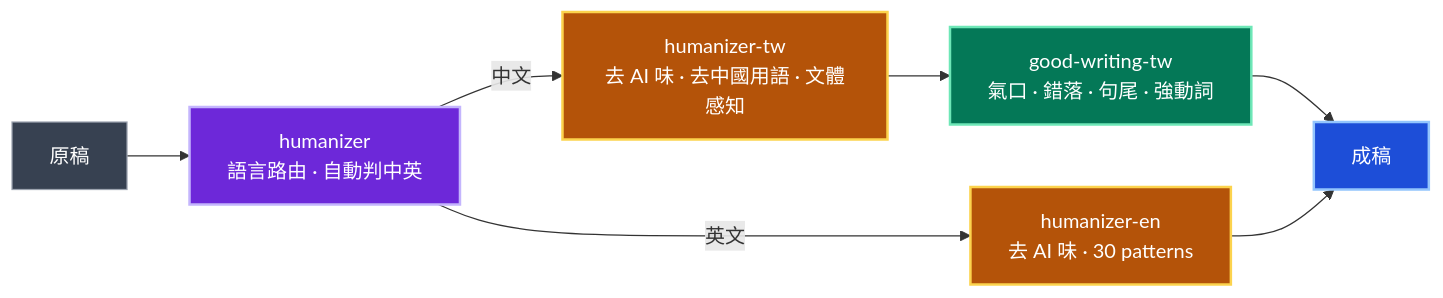
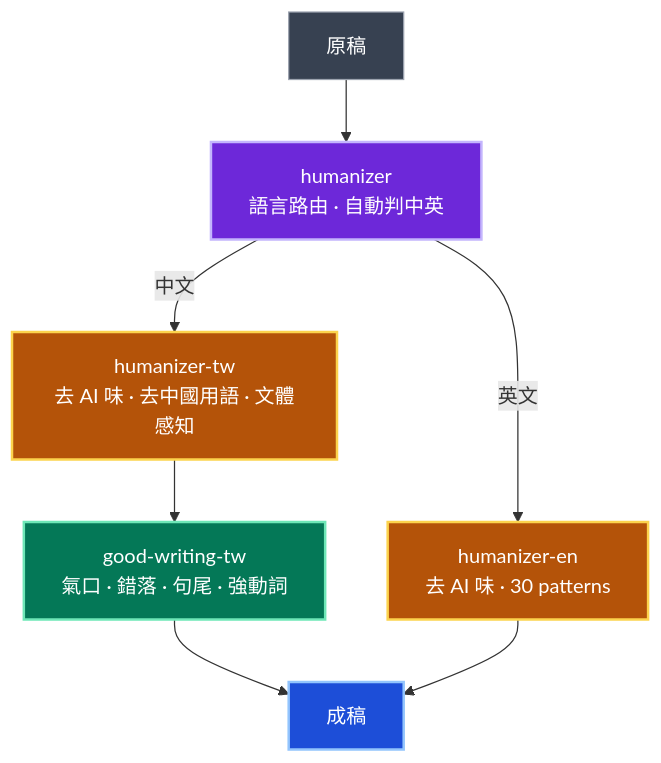
One commit to aeopress/writing-skills.TW changed the diagram in README.md. Above: the diagram before and after it, drawn with Mermaid.

Commit message:
docs: switch workflow mermaid to TD so GitHub pan/zoom controls don't overlap nodes

````diff
--- a/README.md
+++ b/README.md
@@ -13,14 +13,14 @@
 ```mermaid
-flowchart LR
+flowchart TD
     classDef raw fill:#374151,color:#fff,stroke:#9ca3af,stroke-width:1px;
     classDef route fill:#6d28d9,color:#fff,stroke:#c4b5fd,stroke-width:2px;
     classDef hum fill:#b45309,color:#fff,stroke:#fcd34d,stroke-width:2px;
     classDef gw fill:#047857,color:#fff,stroke:#6ee7b7,stroke-width:2px;
     classDef done fill:#1d4ed8,color:#fff,stroke:#93c5fd,stroke-width:2px;
 
     A["原稿"]:::raw --> H["humanizer<br/>語言路由 · 自動判中英"]:::route
     H -->|中文| TW["humanizer-tw<br/>去 AI 味 · 去中國用語 · 文體感知"]:::hum
     H -->|英文| EN["humanizer-en<br/>去 AI 味 · 30 patterns"]:::hum
     TW --> GW["good-writing-tw<br/>氣口 · 錯落 · 句尾 · 強動詞"]:::gw --> D["成稿"]:::done
     EN --> D
 ```
````
